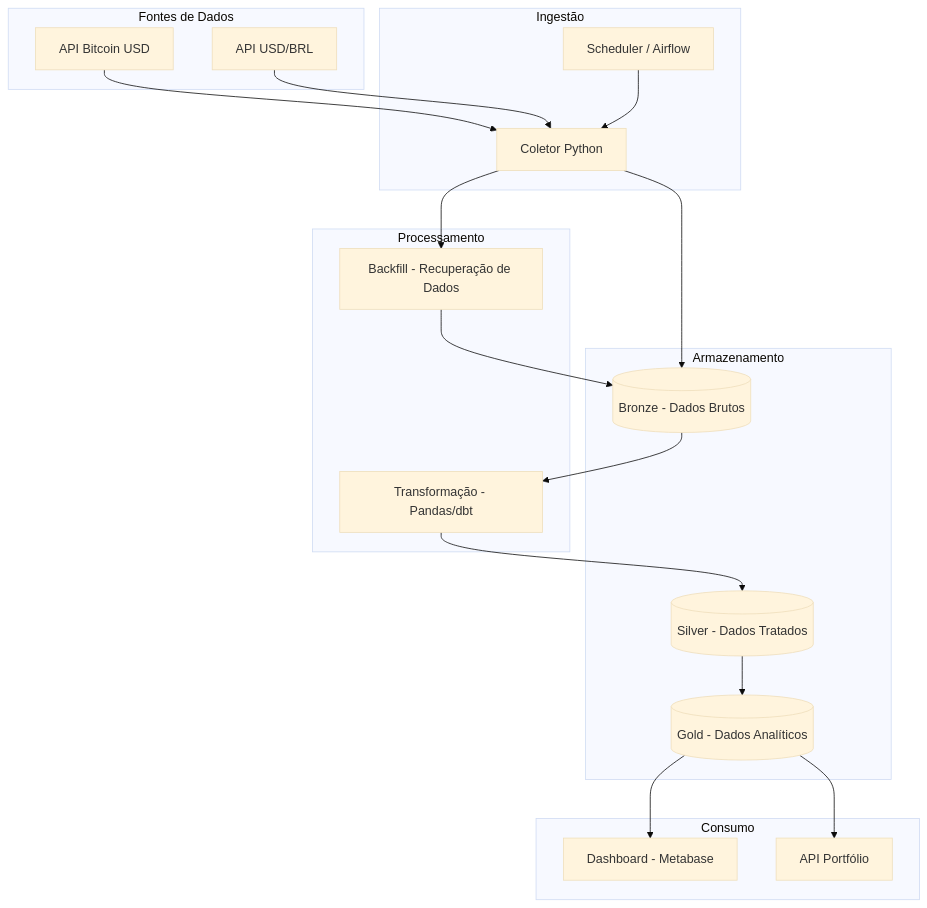
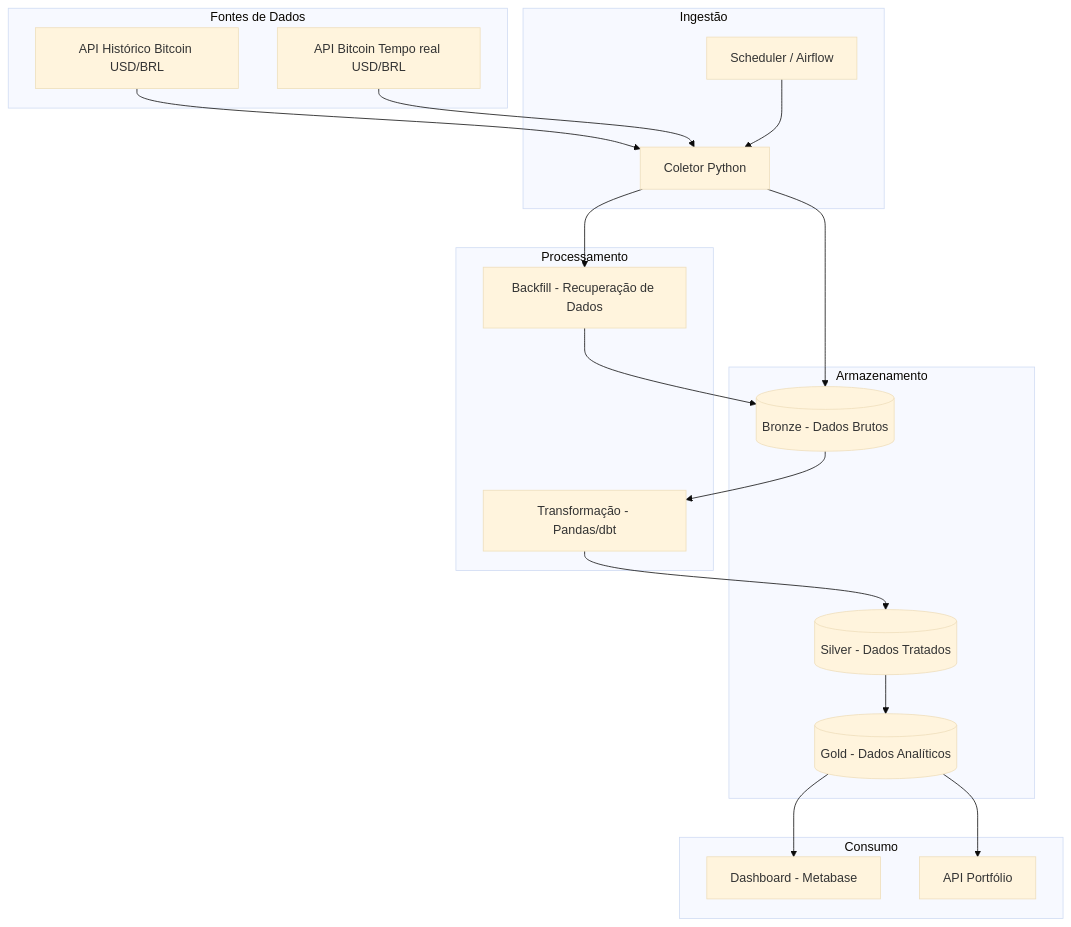
One commit to joaobizzo/btc-data-pipeline changed the diagram in docs/04_arquitetura.md. Above: the diagram before and after it, drawn with Mermaid (base theme).

Commit message:
Modify data sources in architecture diagram
Updated data sources in the architecture diagram to reflect new APIs.

````diff
--- a/docs/04_arquitetura.md
+++ b/docs/04_arquitetura.md
@@ -2,46 +2,46 @@
 ```mermaid
 graph TD
 
     subgraph Fontes de Dados
-        A1[API Bitcoin USD]
-        A2[API USD/BRL]
+        A1[API Histórico Bitcoin USD/BRL]
+        A2[API Bitcoin Tempo real USD/BRL]
     end
 
     subgraph Ingestão
         B1[Coletor Python]
         B2[Scheduler / Airflow]
     end
 
     subgraph Armazenamento
         C1[(Bronze - Dados Brutos)]
         C2[(Silver - Dados Tratados)]
         C3[(Gold - Dados Analíticos)]
     end
 
     subgraph Processamento
         D1[Transformação - Pandas/dbt]
         D2[Backfill - Recuperação de Dados]
     end
 
     subgraph Consumo
         E1[Dashboard - Metabase]
         E2[API Portfólio]
     end
 
     A1 --> B1
     A2 --> B1
 
     B2 --> B1
 
     B1 --> C1
 
     C1 --> D1
     D1 --> C2
     C2 --> C3
 
     B1 --> D2
     D2 --> C1
 
     C3 --> E1
     C3 --> E2
 ```
````
